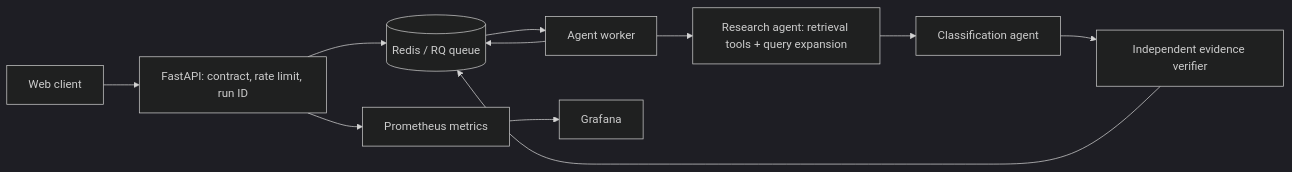
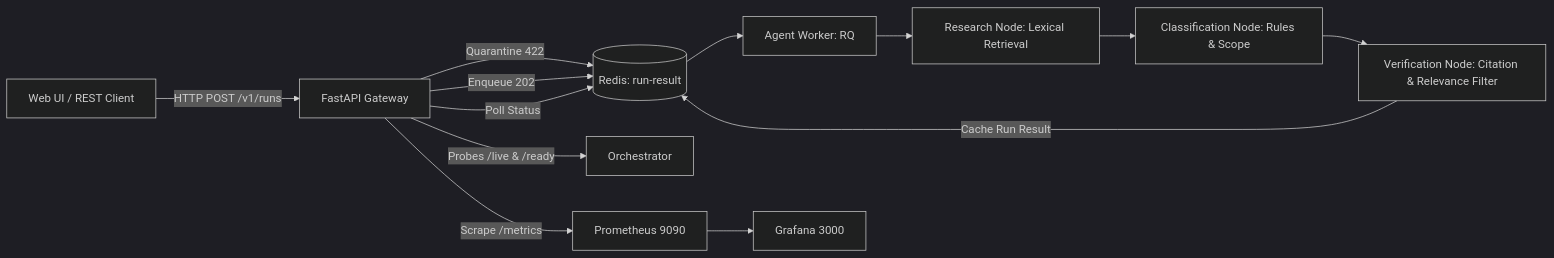
The diagram in README.md (Harika-S-git/Export-classification-service), drawn with Mermaid (dark theme) before and after one commit. The commit also changed other lines of this file and 17 other files, not shown here.

Commit message:
Complete verification metrics and evaluation improvements

````diff
--- a/README.md
+++ b/README.md
@@ -11,13 +14,15 @@
 ```mermaid
 flowchart LR
-  UI[Web client] --> API[FastAPI: contract, rate limit, run ID]
-  API --> Q[(Redis / RQ queue)]
-  Q --> W[Agent worker]
-  W --> R[Research agent: retrieval tools + query expansion]
-  R --> C[Classification agent]
-  C --> V[Independent evidence verifier]
-  V --> Q
-  API --> M[Prometheus metrics]
-  M --> G[Grafana]
-  W --> Q
+    Client[Web UI / REST Client] -->|HTTP POST /v1/runs| API[FastAPI Gateway]
+    API -->|Quarantine 422| Q[(Redis: quarantine)]
+    API -->|Enqueue 202| Q[(Redis: classification queue)]
+    Q --> W[Agent Worker: RQ]
+    W --> R[Research Node: Lexical Retrieval]
+    R --> C[Classification Node: Rules & Scope]
+    C --> V[Verification Node: Citation & Relevance Filter]
+    V -->|Cache Run Result| Q[(Redis: run-result)]
+    API -->|Poll Status| Q
+    API -->|Probes /live & /ready| K8s[Orchestrator]
+    API -->|Scrape /metrics| Prom[Prometheus 9090]
+    Prom --> Graf[Grafana 3000]
 ```
````
